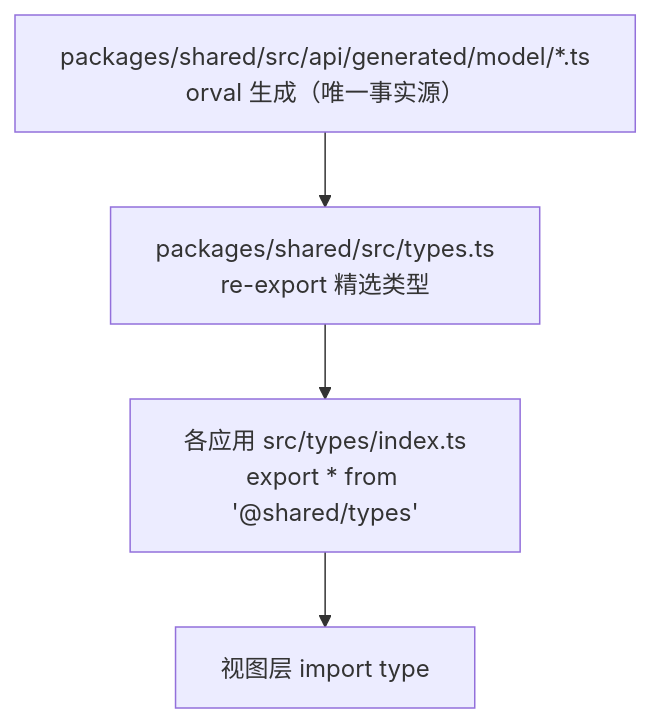
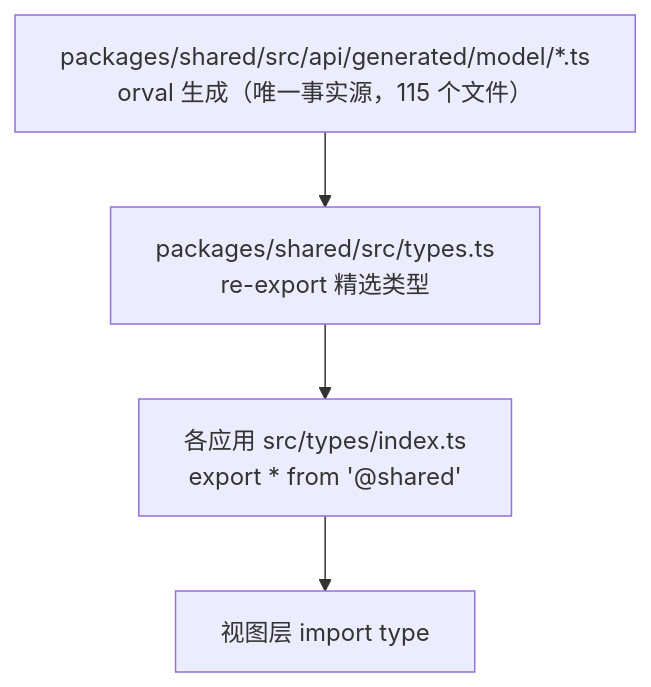
Before and after one commit to 3123958139/RustWeb-Vue: the first of 6 diagrams in docs/tutorial/04-Vue3与TS语法速成.md, drawn with Mermaid. The commit also changed other lines of this file and 8 other files, not shown here.

````diff
--- a/docs/tutorial/04-Vue3与TS语法速成.md
+++ b/docs/tutorial/04-Vue3与TS语法速成.md
@@ -352,6 +424,6 @@
 ```mermaid
 flowchart TD
-    A[packages/shared/src/api/generated/model/*.ts<br/>orval 生成（唯一事实源）] --> B[packages/shared/src/types.ts<br/>re-export 精选类型]
-    B --> C[各应用 src/types/index.ts<br/>export * from '@shared/types']
+    A[packages/shared/src/api/generated/model/*.ts<br/>orval 生成（唯一事实源，115 个文件）] --> B[packages/shared/src/types.ts<br/>re-export 精选类型]
+    B --> C[各应用 src/types/index.ts<br/>export * from '@shared']
     C --> D[视图层 import type]
 ```
````
